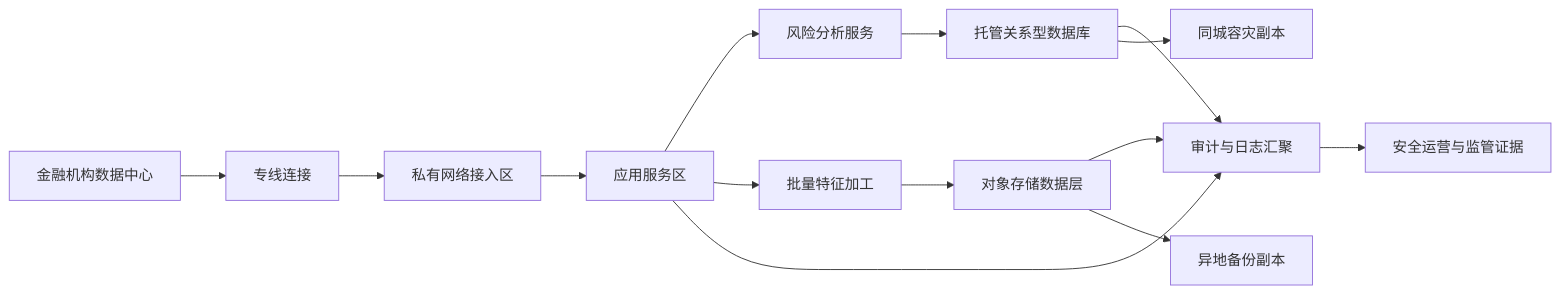
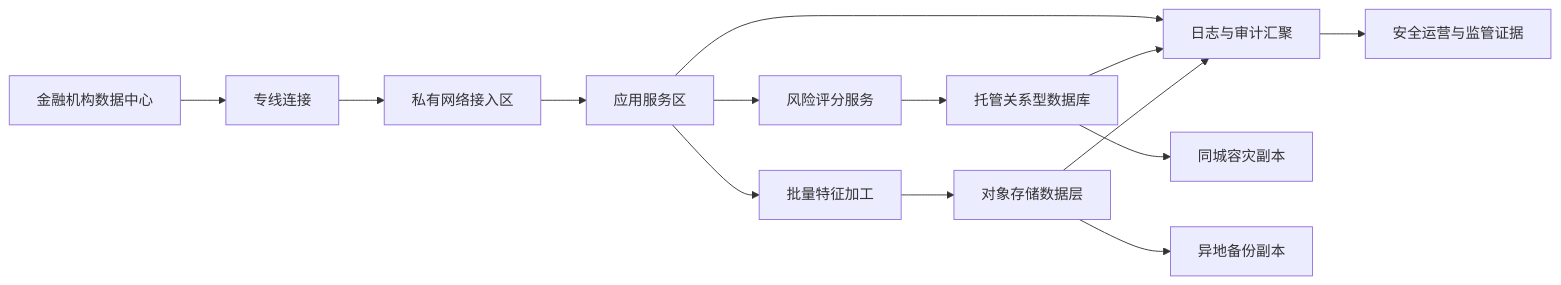
The diagram in tests/forward/regulated-finance.md (Joyce0301/volcengine-solutions-architect), drawn with Mermaid before and after one commit. The commit also changed other lines of this file and 5 other files, not shown here.

````diff
--- a/tests/forward/regulated-finance.md
+++ b/tests/forward/regulated-finance.md
@@ -86,16 +83,16 @@
 ```mermaid
 flowchart LR
   A[金融机构数据中心] --> B[专线连接]
   B --> C[私有网络接入区]
   C --> D[应用服务区]
-  D --> E[风险分析服务]
+  D --> E[风险评分服务]
   D --> F[批量特征加工]
   E --> G[托管关系型数据库]
   F --> H[对象存储数据层]
-  G --> I[审计与日志汇聚]
+  D --> I[日志与审计汇聚]
+  G --> I
   H --> I
-  D --> I
   I --> J[安全运营与监管证据]
   G --> K[同城容灾副本]
   H --> L[异地备份副本]
 ```
````
